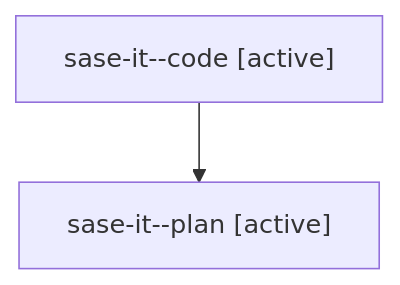
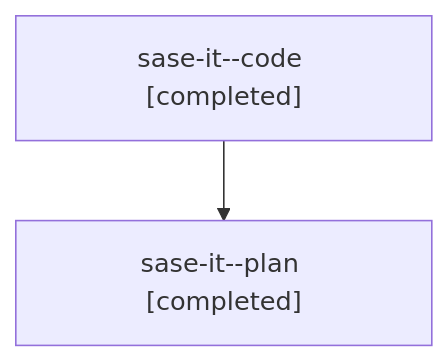
The diagram in families/bbugyi200.athena.sase-it.md (sase-org/sase--agents), drawn with Mermaid before and after one commit. The commit also changed other lines of this file and 2170 other files, not shown here.

````diff
--- a/families/bbugyi200.athena.sase-it.md
+++ b/families/bbugyi200.athena.sase-it.md
@@ -9,6 +9,6 @@
 ```mermaid
 flowchart TD
-  n0["sase-it--code [active]"]
-  n1["sase-it--plan [active]"]
+  n0["sase-it--code [completed]"]
+  n1["sase-it--plan [completed]"]
   n0 --> n1
 ```
````
